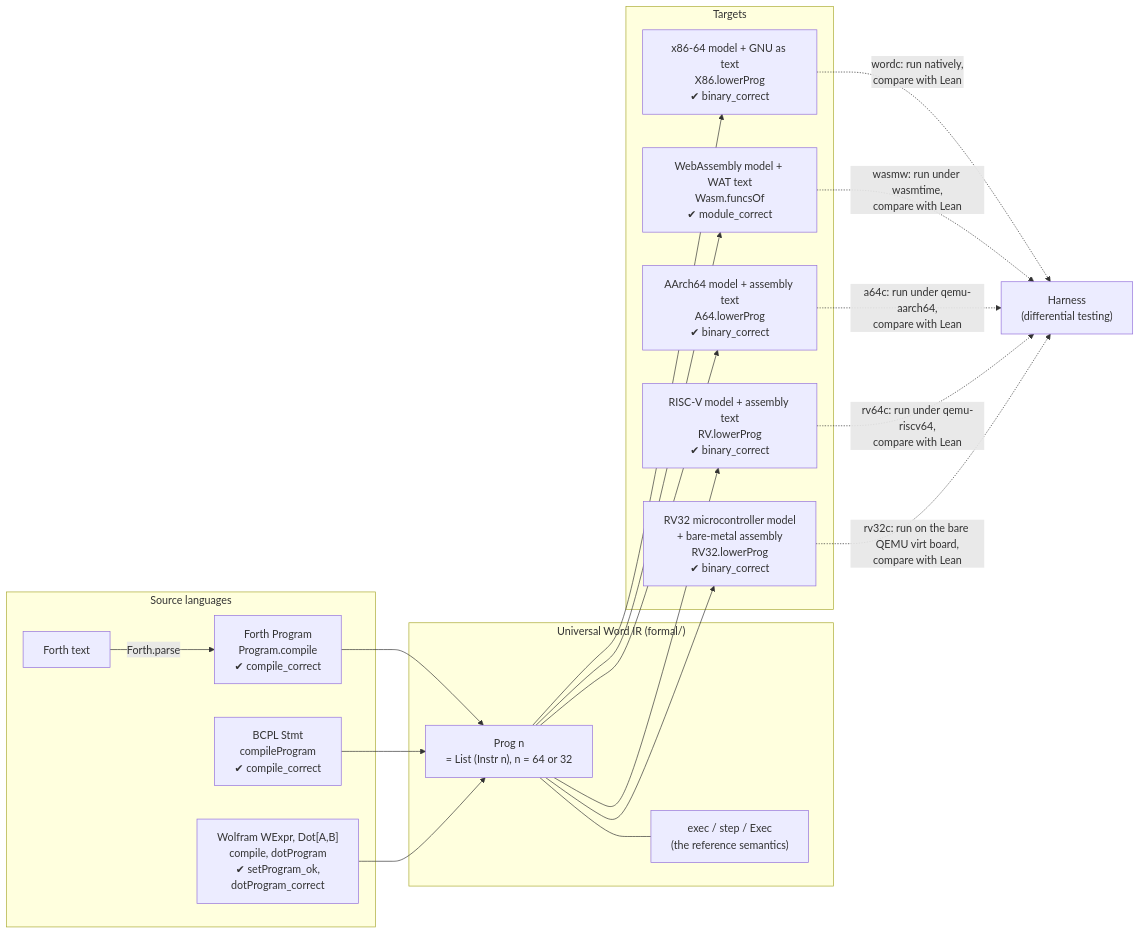
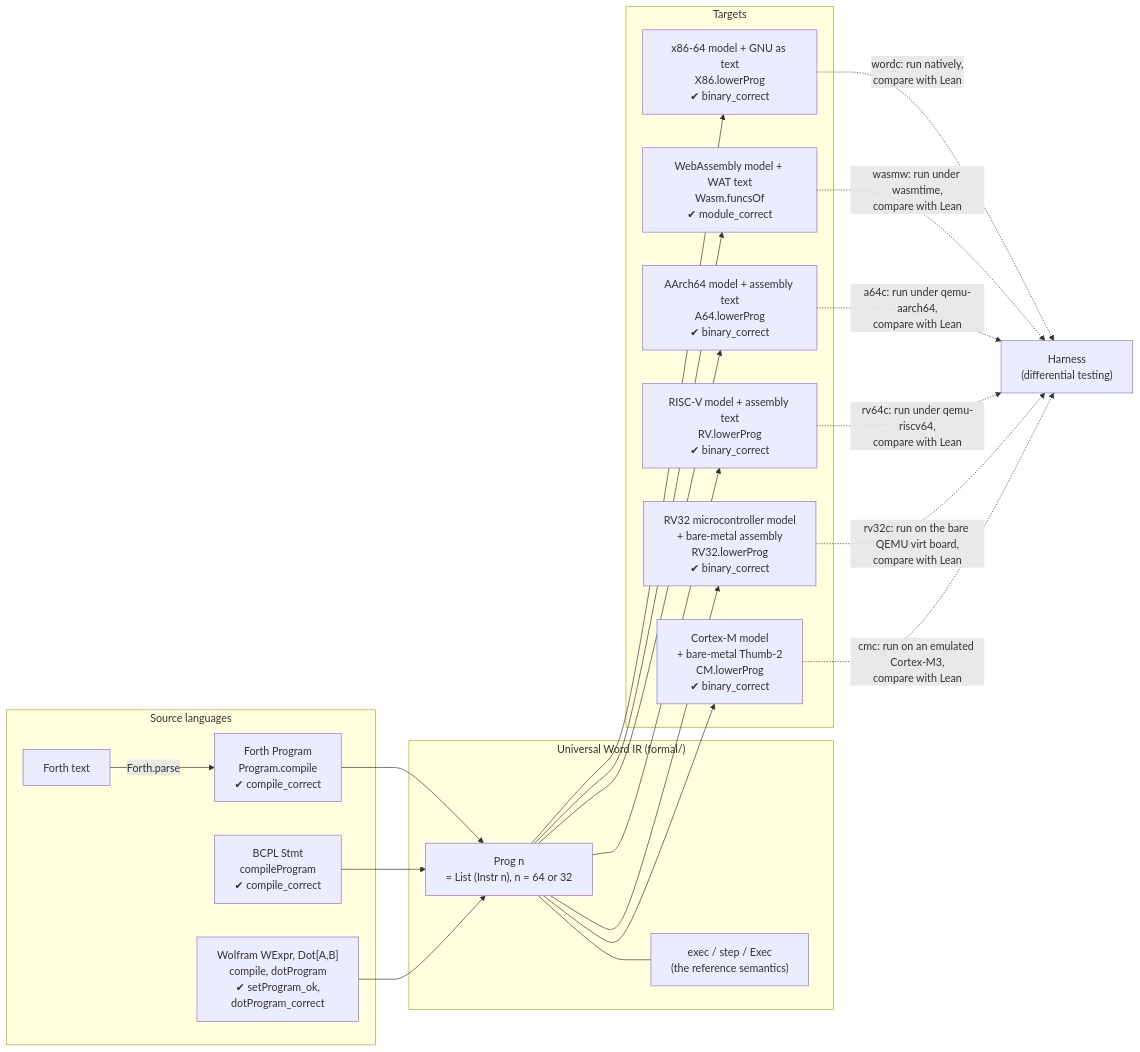
The first of 17 diagrams in README.md (SNAPKITTYAGENT9NOVA/ai-free), drawn with Mermaid before and after one commit. The commit also changed other lines of this file and 30 other files, not shown here.

First line of the commit message:
Cortex-M profile: Thumb-2 (ARMv7-M) at 32-bit words, bare metal, with proofs

````diff
--- a/README.md
+++ b/README.md
@@ -68,35 +70,38 @@
 ```mermaid
 flowchart LR
   subgraph Sources["Source languages"]
     F["Forth text"]
     FB["Forth Program<br/>Program.compile<br/>✔ compile_correct"]
     B["BCPL Stmt<br/>compileProgram<br/>✔ compile_correct"]
     W["Wolfram WExpr, Dot[A,B]<br/>compile, dotProgram<br/>✔ setProgram_ok,<br/>dotProgram_correct"]
   end
   subgraph IR["Universal Word IR (formal/)"]
     P["Prog n<br/>= List (Instr n), n = 64 or 32"]
     S["exec / step / Exec<br/>(the reference semantics)"]
   end
   subgraph Targets["Targets"]
     X["x86-64 model + GNU as text<br/>X86.lowerProg<br/>✔ binary_correct"]
     WA["WebAssembly model + WAT text<br/>Wasm.funcsOf<br/>✔ module_correct"]
     AR["AArch64 model + assembly text<br/>A64.lowerProg<br/>✔ binary_correct"]
     RVN["RISC-V model + assembly text<br/>RV.lowerProg<br/>✔ binary_correct"]
     MCU["RV32 microcontroller model<br/>+ bare-metal assembly<br/>RV32.lowerProg<br/>✔ binary_correct"]
+    CMX["Cortex-M model<br/>+ bare-metal Thumb-2<br/>CM.lowerProg<br/>✔ binary_correct"]
   end
   F -->|"Forth.parse"| FB
   FB --> P
   B --> P
   W --> P
   P --- S
   P --> X
   P --> WA
   P --> AR
   P --> RVN
   P --> MCU
+  P --> CMX
   X -.->|"wordc: run natively,<br/>compare with Lean"| H["Harness<br/>(differential testing)"]
   WA -.->|"wasmw: run under wasmtime,<br/>compare with Lean"| H
   AR -.->|"a64c: run under qemu-aarch64,<br/>compare with Lean"| H
   RVN -.->|"rv64c: run under qemu-riscv64,<br/>compare with Lean"| H
   MCU -.->|"rv32c: run on the bare QEMU virt board,<br/>compare with Lean"| H
+  CMX -.->|"cmc: run on an emulated Cortex-M3,<br/>compare with Lean"| H
 ```
````
